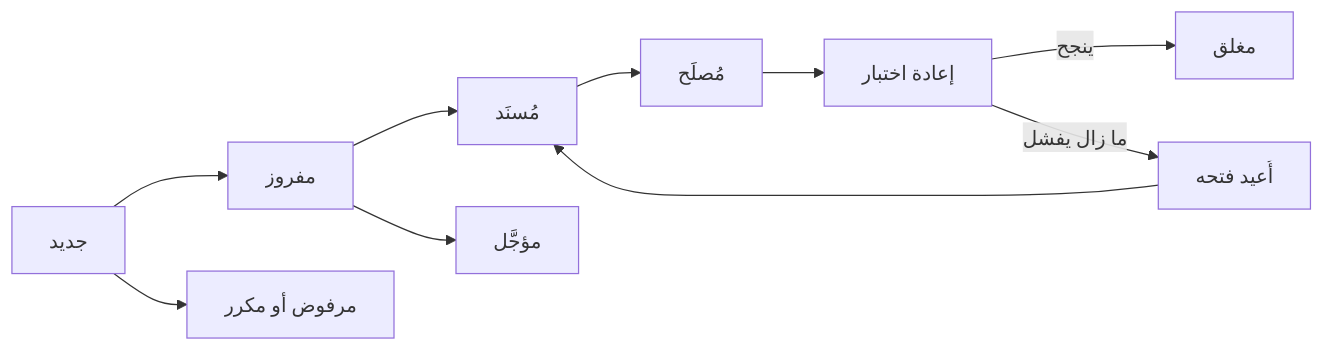
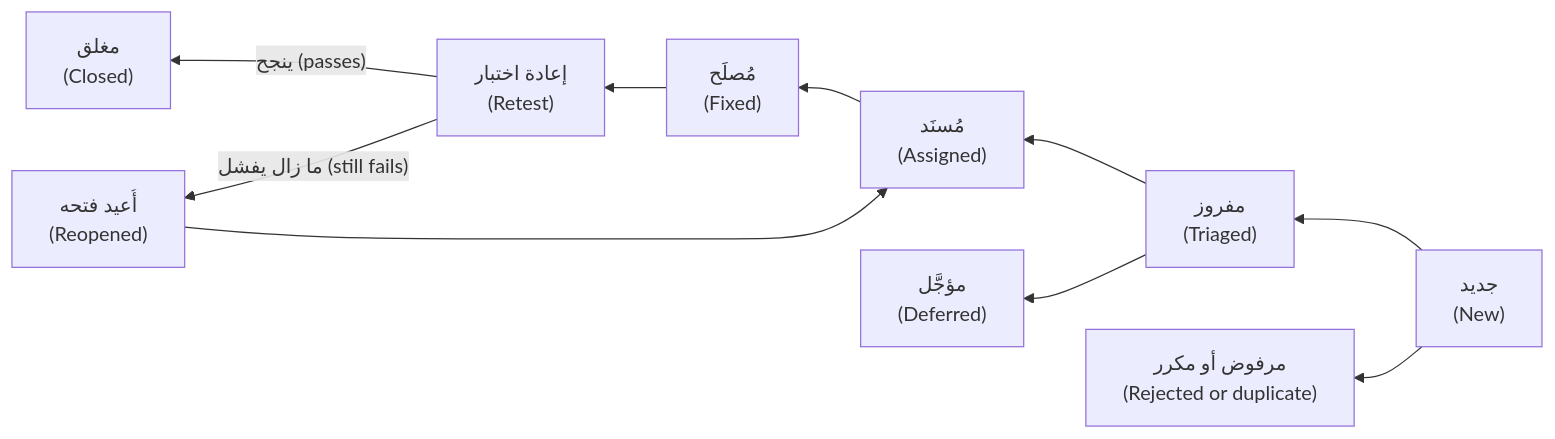
The third of 3 diagrams in testing/modules/01-foundations.ar.md (Tamoura/system-design-for-vibe-coders), drawn with Mermaid before and after one commit. The commit also changed other lines of this file and 39 other files, not shown here.

````diff
--- a/testing/modules/01-foundations.ar.md
+++ b/testing/modules/01-foundations.ar.md
@@ -817,12 +817,12 @@
 ```mermaid
-flowchart LR
-    N["جديد"] --> T["مفروز"]
-    T --> A["مُسنَد"]
-    A --> F["مُصلَح"]
-    F --> R["إعادة اختبار"]
-    R -->|"ينجح"| C["مغلق"]
-    R -->|"ما زال يفشل"| O["أُعيد فتحه"]
+flowchart RL
+    N["جديد<br/>(New)"] --> T["مفروز<br/>(Triaged)"]
+    T --> A["مُسنَد<br/>(Assigned)"]
+    A --> F["مُصلَح<br/>(Fixed)"]
+    F --> R["إعادة اختبار<br/>(Retest)"]
+    R -->|"ينجح (passes)"| C["مغلق<br/>(Closed)"]
+    R -->|"ما زال يفشل (still fails)"| O["أُعيد فتحه<br/>(Reopened)"]
     O --> A
-    N --> X["مرفوض أو مكرر"]
-    T --> D["مؤجَّل"]
+    N --> X["مرفوض أو مكرر<br/>(Rejected or duplicate)"]
+    T --> D["مؤجَّل<br/>(Deferred)"]
 ```
````
